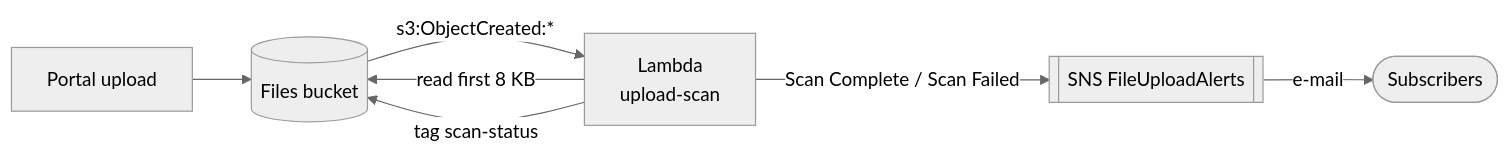
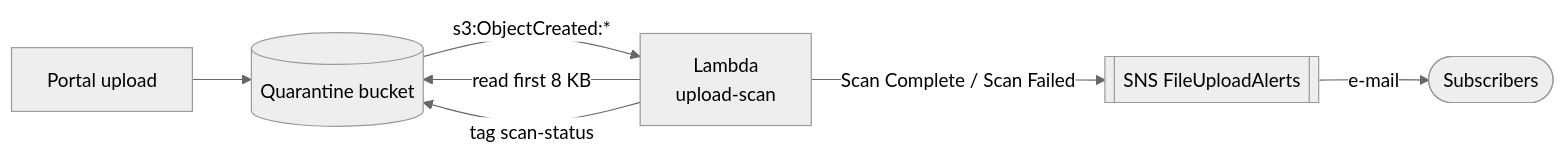
The first of 2 diagrams in README.md (Mighiana/Cloud-Based-Secure-File-Management-System), drawn with Mermaid (neutral theme) before and after one commit. The commit also changed other lines of this file and 43 other files, not shown here.

Commit message:
Threat model, README case study, new architecture diagram and screenshots; CSP-clean views; audit history layout

````diff
--- a/README.md
+++ b/README.md
@@ -87,9 +109,9 @@
 ```mermaid
 flowchart LR
-    APP[Portal upload] --> S3[(Files bucket)]
+    APP[Portal upload] --> S3[(Quarantine bucket)]
     S3 -->|s3:ObjectCreated:*| L[Lambda<br/>upload-scan]
     L -->|read first 8 KB| S3
     L -->|tag scan-status| S3
     L -->|Scan Complete / Scan Failed| SNS[[SNS FileUploadAlerts]]
     SNS -->|e-mail| SUB([Subscribers])
 ```
````
